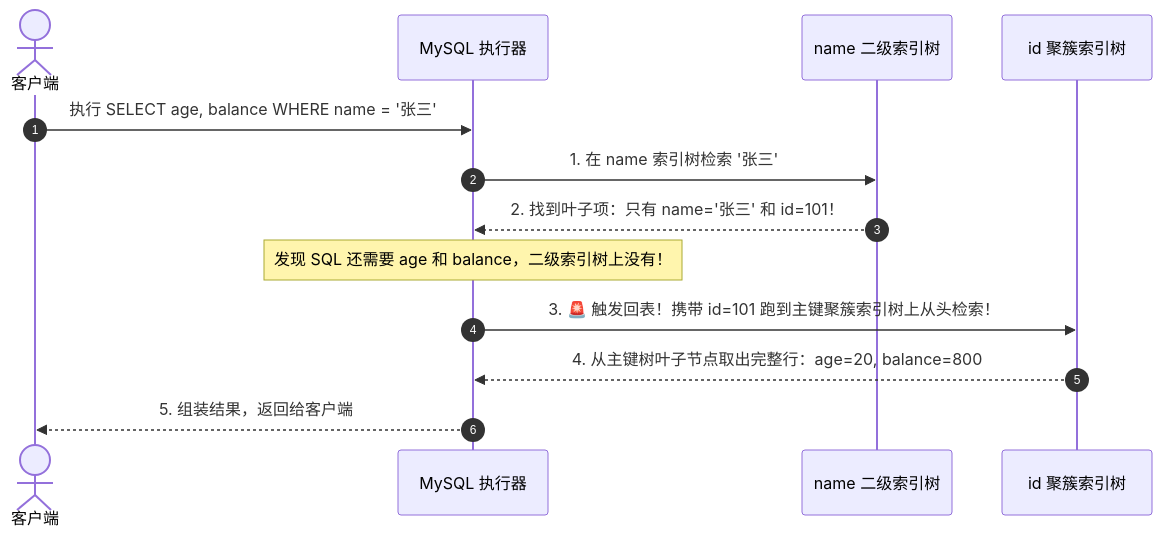
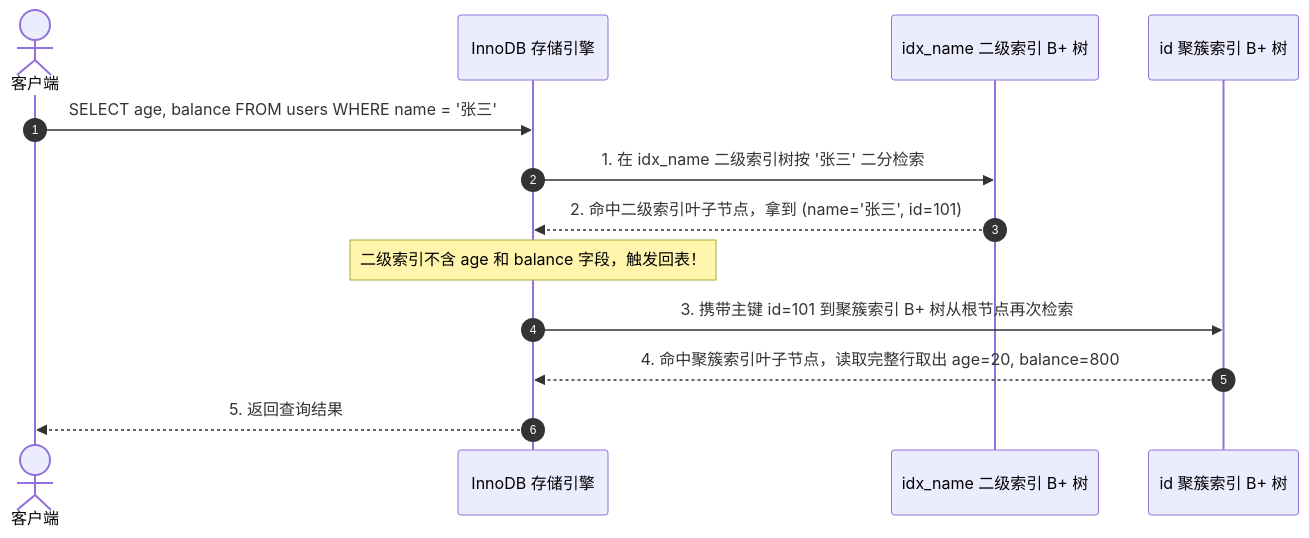
Before and after one commit to GuoWWWX/knowledge-base: the fourth of 6 diagrams in 20-Java后端/05-数据库与存储/01-MySQL索引原理-B+树.md, drawn with Mermaid. The commit also changed other lines of this file and 251 other files, not shown here.

````diff
--- a/20-Java后端/05-数据库与存储/01-MySQL索引原理-B+树.md
+++ b/20-Java后端/05-数据库与存储/01-MySQL索引原理-B+树.md
@@ -246,16 +161,16 @@
 ```mermaid
 sequenceDiagram
     autonumber
     actor Client as 客户端
-    participant Server as MySQL 执行器
-    participant Sec as name 二级索引树
-    participant Pri as id 聚簇索引树
+    participant Engine as InnoDB 存储引擎
+    participant Sec as idx_name 二级索引 B+ 树
+    participant Pri as id 聚簇索引 B+ 树
 
-    Client->>Server: 执行 SELECT age, balance WHERE name = '张三'
-    Server->>Sec: 1. 在 name 索引树检索 '张三'
-    Sec-->>Server: 2. 找到叶子项：只有 name='张三' 和 id=101！
-    Note over Server: 发现 SQL 还需要 age 和 balance，二级索引树上没有！
-    Server->>Pri: 3. 🚨 触发回表！携带 id=101 跑到主键聚簇索引树上从头检索！
-    Pri-->>Server: 4. 从主键树叶子节点取出完整行：age=20, balance=800
-    Server-->>Client: 5. 组装结果，返回给客户端
+    Client->>Engine: SELECT age, balance FROM users WHERE name = '张三'
+    Engine->>Sec: 1. 在 idx_name 二级索引树按 '张三' 二分检索
+    Sec-->>Engine: 2. 命中二级索引叶子节点，拿到 (name='张三', id=101)
+    Note over Engine: 二级索引不含 age 和 balance 字段，触发回表！
+    Engine->>Pri: 3. 携带主键 id=101 到聚簇索引 B+ 树从根节点再次检索
+    Pri-->>Engine: 4. 命中聚簇索引叶子节点，读取完整行取出 age=20, balance=800
+    Engine-->>Client: 5. 返回查询结果
 ```
````
